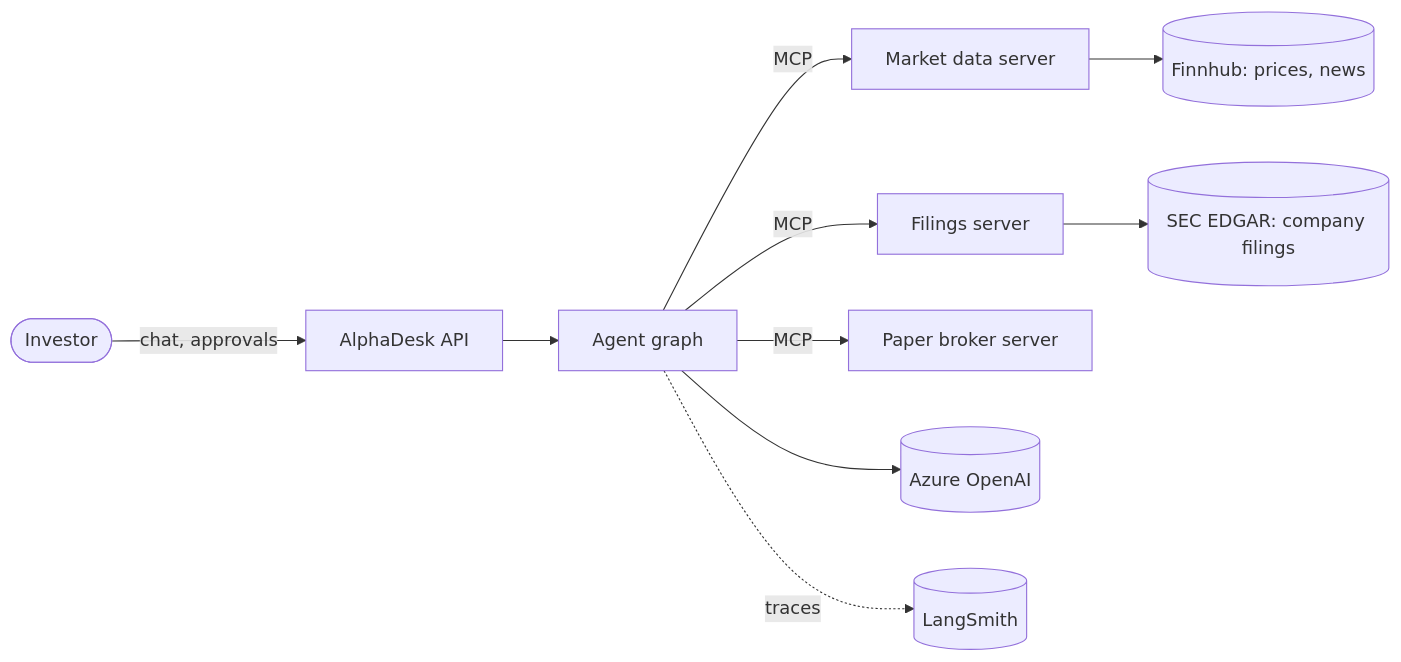
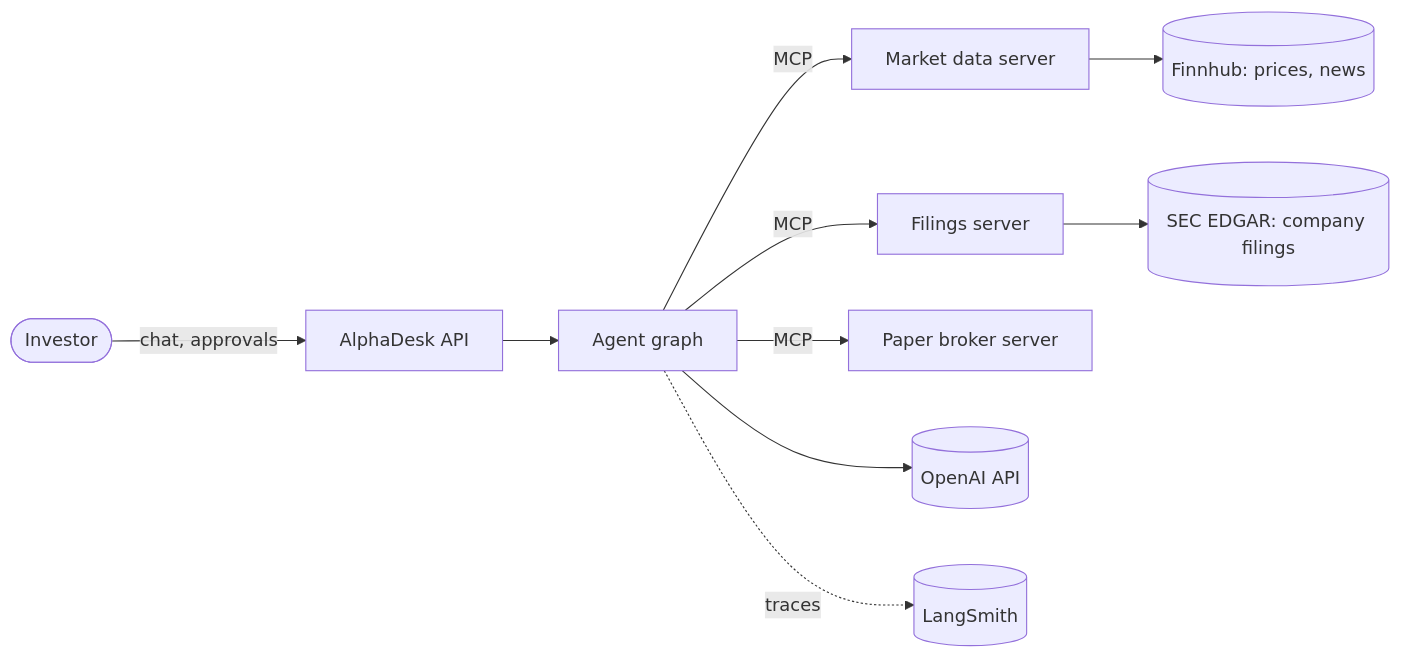
The first of 2 diagrams in docs/architecture.md (NaveenManjappa/alpha-desk), drawn with Mermaid before and after one commit. The commit also changed other lines of this file and 7 other files, not shown here.

Commit message:
Switch default LLM provider to OpenAI (ADR 014)

````diff
--- a/docs/architecture.md
+++ b/docs/architecture.md
@@ -33,12 +33,12 @@
 ```mermaid
 flowchart LR
     User([Investor]) -->|chat, approvals| API[AlphaDesk API]
     API --> Graph[Agent graph]
     Graph -->|MCP| MD[Market data server]
     Graph -->|MCP| FL[Filings server]
     Graph -->|MCP| BR[Paper broker server]
     MD --> Ext1[(Finnhub: prices, news)]
     FL --> Ext2[(SEC EDGAR: company filings)]
-    Graph --> LLM[(Azure OpenAI)]
+    Graph --> LLM[(OpenAI API)]
     Graph -.traces.-> LS[(LangSmith)]
 ```
````
